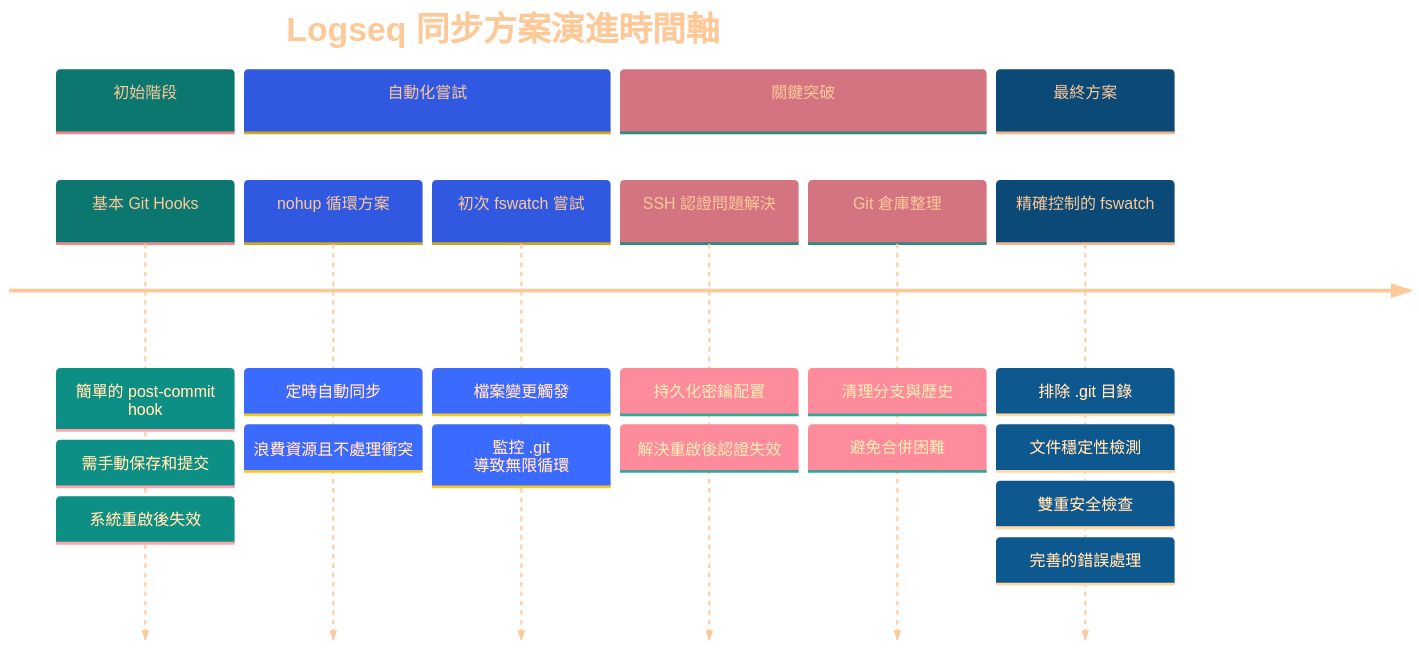
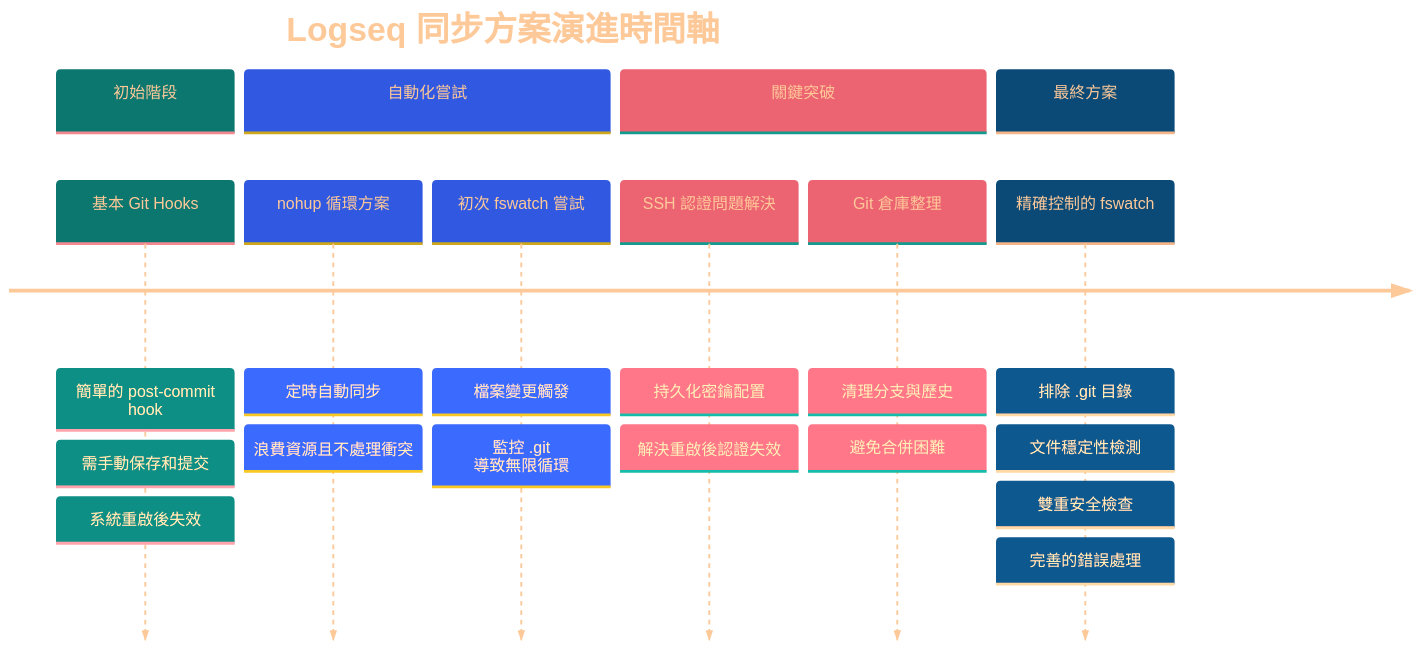
The first of 2 diagrams in Logseq同步方案演進記錄.md (GengGeng026/Sync-Logseq), drawn with Mermaid before and after one commit.

Commit message:
Auto saved by Logseq

````diff
--- a/Logseq同步方案演進記錄.md
+++ b/Logseq同步方案演進記錄.md
@@ -24,38 +24,38 @@
 ```mermaid
 %%{init: {
   'theme': 'base', 
   'themeVariables': {
     'primaryTextColor': '#FEC999',
     'primaryColor': '#19E9D9',
     'secondaryColor': '#A0B2F1',
-    'tertiaryColor': '#F2D5D9',
+    'tertiaryColor': '#FAD5D9',
     'primaryBorderColor': '#A9D9D9',
     'background': 'transparent',
     'clusterBkg': 'transparent',
     'fontFamily': 'default',
     'fontSize': '17px',
     'fontWeight': 'normal'
   }
 }}%%
 timeline
     title Logseq 同步方案演進時間軸
     section 初始階段
         基本 Git Hooks : 簡單的 post-commit hook
         : 需手動保存和提交
         : 系統重啟後失效
     section 自動化嘗試
         nohup 循環方案 : 定時自動同步
         : 浪費資源且不處理衝突
         初次 fswatch 嘗試 : 檔案變更觸發
         : 監控 .git 導致無限循環
     section 關鍵突破
         SSH 認證問題解決 : 持久化密鑰配置
         : 解決重啟後認證失效
         Git 倉庫整理 : 清理分支與歷史
         : 避免合併困難
     section 最終方案
         精確控制的 fswatch : 排除 .git 目錄
         : 文件穩定性檢測
         : 雙重安全檢查
         : 完善的錯誤處理
 ```
````
